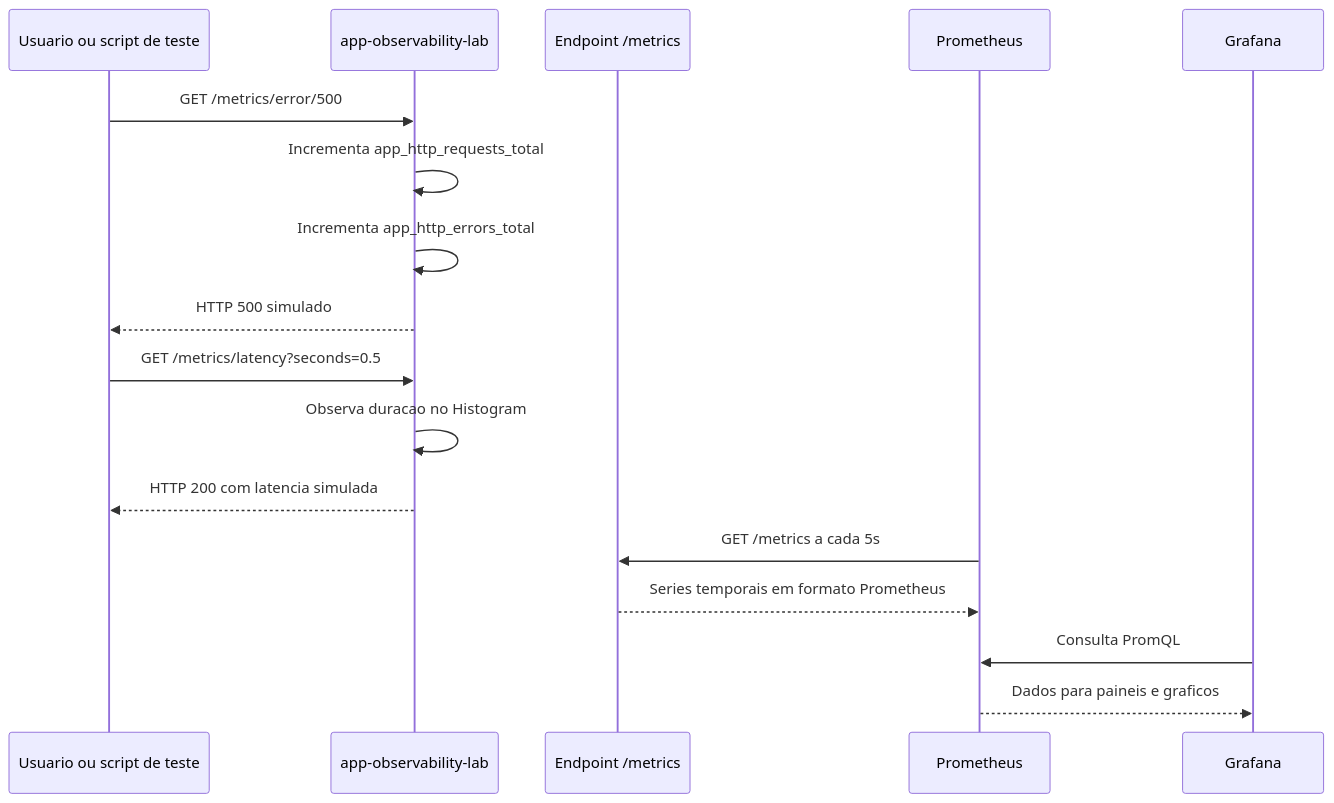
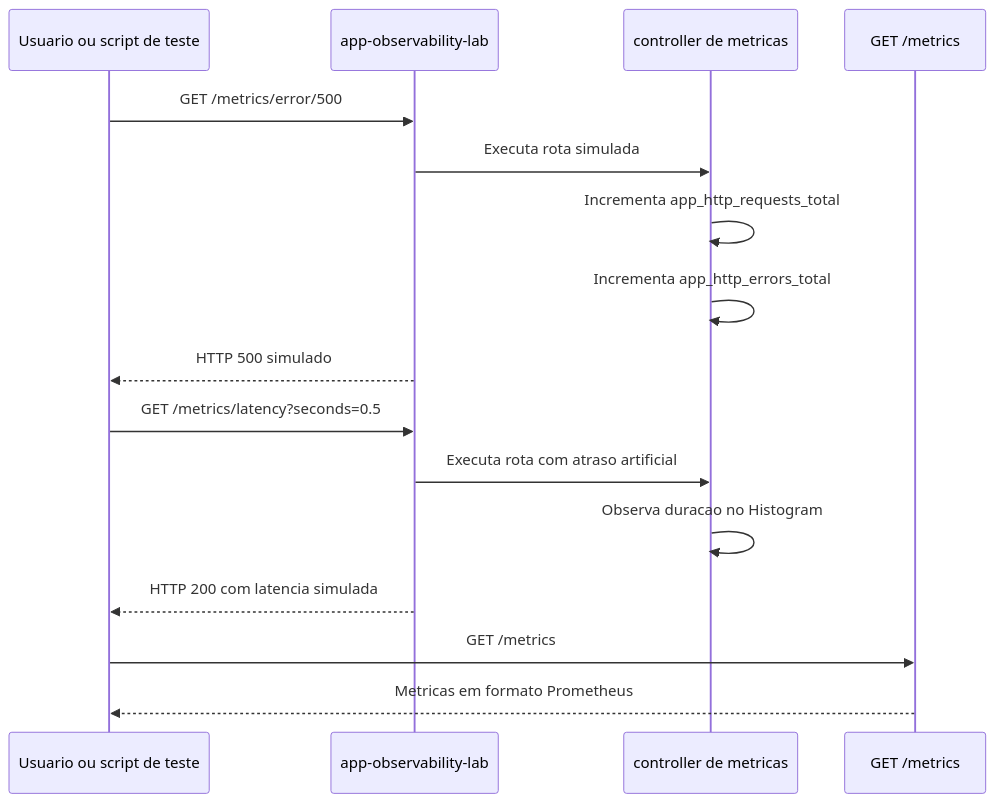
One commit to carloslima78/observability changed the diagram in golang-observabilidade-lab/docs/aplicacao-go-metricas.md. Above: the diagram before and after it, drawn with Mermaid. The commit also changed other lines of this file and 2 other files, not shown here.

Commit message:
docs: split metrics infrastructure guide

````diff
--- a/golang-observabilidade-lab/docs/aplicacao-go-metricas.md
+++ b/golang-observabilidade-lab/docs/aplicacao-go-metricas.md
@@ -29,22 +30,21 @@
 ```mermaid
 sequenceDiagram
     participant Usuario as Usuario ou script de teste
     participant App as app-observability-lab
-    participant Metrics as Endpoint /metrics
-    participant Prometheus
-    participant Grafana
+    participant Controller as controller de metricas
+    participant Metrics as GET /metrics
 
     Usuario->>App: GET /metrics/error/500
-    App->>App: Incrementa app_http_requests_total
-    App->>App: Incrementa app_http_errors_total
+    App->>Controller: Executa rota simulada
+    Controller->>Controller: Incrementa app_http_requests_total
+    Controller->>Controller: Incrementa app_http_errors_total
     App-->>Usuario: HTTP 500 simulado
 
     Usuario->>App: GET /metrics/latency?seconds=0.5
-    App->>App: Observa duracao no Histogram
+    App->>Controller: Executa rota com atraso artificial
+    Controller->>Controller: Observa duracao no Histogram
     App-->>Usuario: HTTP 200 com latencia simulada
 
-    Prometheus->>Metrics: GET /metrics a cada 5s
-    Metrics-->>Prometheus: Series temporais em formato Prometheus
-    Grafana->>Prometheus: Consulta PromQL
-    Prometheus-->>Grafana: Dados para paineis e graficos
+    Usuario->>Metrics: GET /metrics
+    Metrics-->>Usuario: Metricas em formato Prometheus
 ```
````
